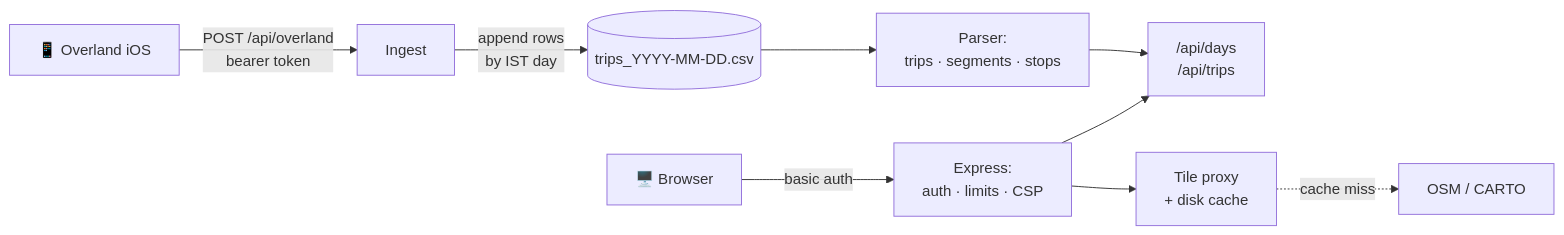
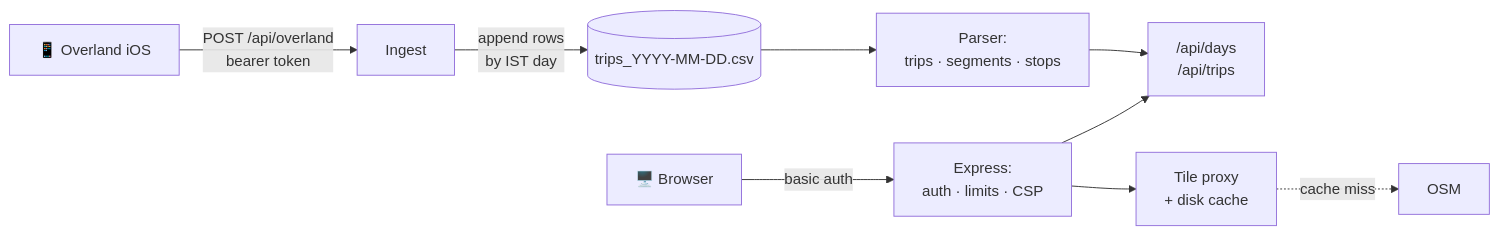
One commit to ashwinkrpi/somaari-trip changed the diagram in README.md. Above: the diagram before and after it, drawn with Mermaid. The commit also changed other lines of this file and 15 other files, not shown here.

````diff
--- a/README.md
+++ b/README.md
@@ -93,11 +92,11 @@
 ```mermaid
 flowchart LR
     P[📱 Overland iOS] -- "POST /api/overland<br/>bearer token" --> I[Ingest]
     I -- "append rows<br/>by IST day" --> C[(trips_YYYY-MM-DD.csv)]
     C --> R[Parser:<br/>trips · segments · stops]
     R --> A["/api/days<br/>/api/trips"]
     B[🖥️ Browser] -- "basic auth" --> W[Express:<br/>auth · limits · CSP]
     W --> A
     W --> T[Tile proxy<br/>+ disk cache]
-    T -. cache miss .-> O[OSM / CARTO]
+    T -. cache miss .-> O[OSM]
 ```
````
